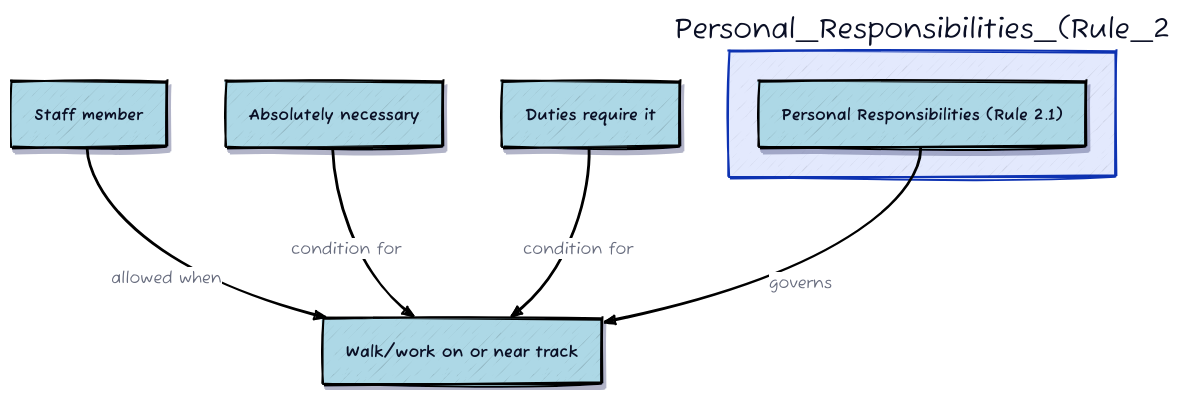
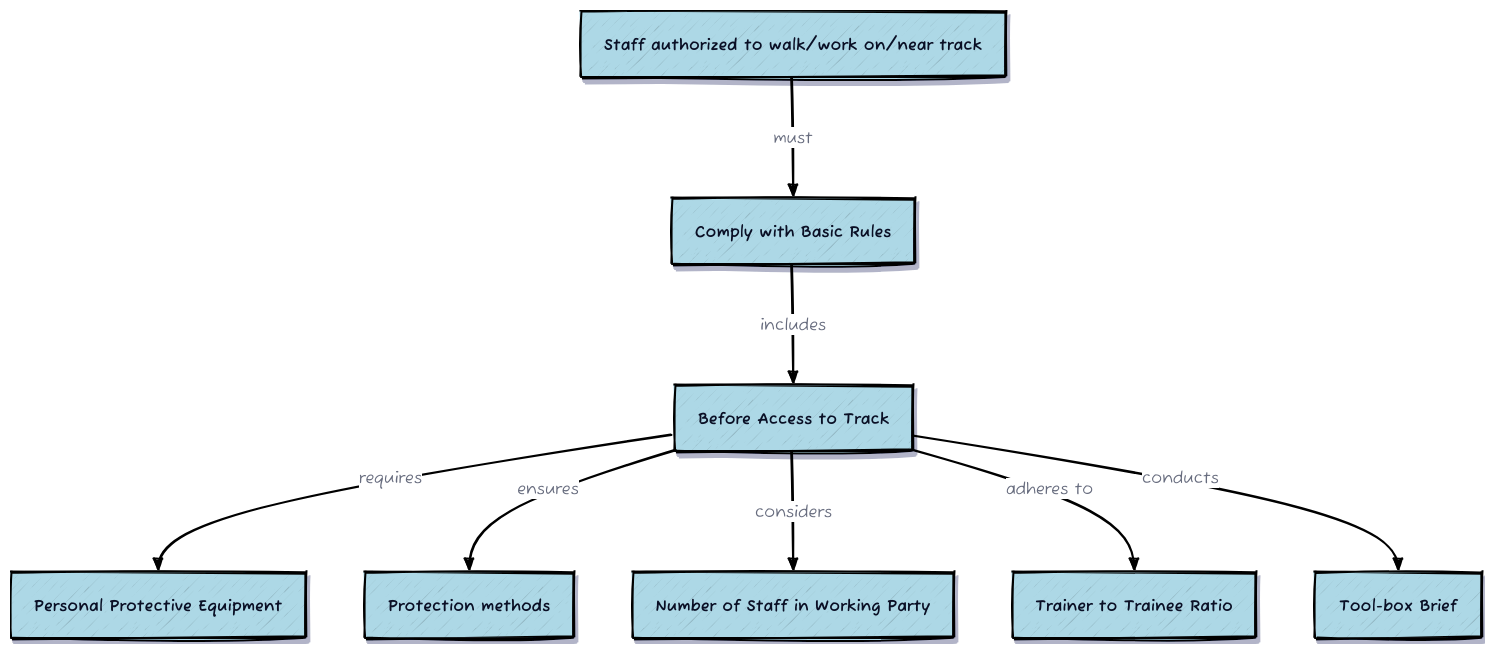
One commit to fangyuan-ksgk/process-supervision changed the diagram in database/evaluation/images/whenisastaffmemberallowedtowalkworkonornearthetrac.d2. Above: the diagram before and after it, drawn with D2. The commit also changed 7 other files, not shown here.

```diff
--- a/database/evaluation/images/whenisastaffmemberallowedtowalkworkonornearthetrac.d2
+++ b/database/evaluation/images/whenisastaffmemberallowedtowalkworkonornearthetrac.d2
@@ -1,91 +1,139 @@
 
 vars: {
   d2-config: {
     sketch: true
   }
 }
 classes: {
   process: {
     label: ""
     shape: rectangle
     style: {
       fill: lightblue
       shadow: true
     }
   }
 }
 
-Staff_member.class: process
-Staff_member.label: "Staff member"
-Staff_member: {
+Staff_authorized_to_walk/work_on/near_track.class: process
+Staff_authorized_to_walk/work_on/near_track.label: "Staff authorized to walk/work on/near track"
+Staff_authorized_to_walk/work_on/near_track: {
   style: {
     opacity: 1
     stroke: "black"
     stroke-width: 2
     shadow: true
   }
 }
-Walk/work_on_or_near_track.class: process
-Walk/work_on_or_near_track.label: "Walk/work on or near track"
-Walk/work_on_or_near_track: {
+Comply_with_Basic_Rules.class: process
+Comply_with_Basic_Rules.label: "Comply with Basic Rules"
+Comply_with_Basic_Rules: {
   style: {
     opacity: 1
     stroke: "black"
     stroke-width: 2
     shadow: true
   }
 }
-Absolutely_necessary.class: process
-Absolutely_necessary.label: "Absolutely necessary"
-Absolutely_necessary: {
+Before_Access_to_Track.class: process
+Before_Access_to_Track.label: "Before Access to Track"
+Before_Access_to_Track: {
   style: {
     opacity: 1
     stroke: "black"
     stroke-width: 2
     shadow: true
   }
 }
-Duties_require_it.class: process
-Duties_require_it.label: "Duties require it"
-Duties_require_it: {
+Personal_Protective_Equipment.class: process
+Personal_Protective_Equipment.label: "Personal Protective Equipment"
+Personal_Protective_Equipment: {
   style: {
     opacity: 1
     stroke: "black"
     stroke-width: 2
     shadow: true
   }
 }
-Personal_Responsibilities_(Rule_2.1).class: process
-Personal_Responsibilities_(Rule_2.1).label: "Personal Responsibilities (Rule 2.1)"
-Personal_Responsibilities_(Rule_2.1): {
+Protection_methods.class: process
+Protection_methods.label: "Protection methods"
+Protection_methods: {
   style: {
     opacity: 1
     stroke: "black"
     stroke-width: 2
     shadow: true
   }
 }
-Staff_member -> Walk/work_on_or_near_track: {
-  label: "allowed when"
+Number_of_Staff_in_Working_Party.class: process
+Number_of_Staff_in_Working_Party.label: "Number of Staff in Working Party"
+Number_of_Staff_in_Working_Party: {
+  style: {
+    opacity: 1
+    stroke: "black"
+    stroke-width: 2
+    shadow: true
+  }
+}
+Trainer_to_Trainee_Ratio.class: process
+Trainer_to_Trainee_Ratio.label: "Trainer to Trainee Ratio"
+Trainer_to_Trainee_Ratio: {
+  style: {
+    opacity: 1
+    stroke: "black"
+    stroke-width: 2
+    shadow: true
+  }
+}
+Tool-box_Brief.class: process
+Tool-box_Brief.label: "Tool-box Brief"
+Tool-box_Brief: {
+  style: {
+    opacity: 1
+    stroke: "black"
+    stroke-width: 2
+    shadow: true
+  }
+}
+Staff_authorized_to_walk/work_on/near_track -> Comply_with_Basic_Rules: {
+  label: "must"
   style.stroke: black
   style.opacity: 1
   style.stroke-width: 2
 }
-Absolutely_necessary -> Walk/work_on_or_near_track: {
-  label: "condition for"
+Comply_with_Basic_Rules -> Before_Access_to_Track: {
+  label: "includes"
   style.stroke: black
   style.opacity: 1
   style.stroke-width: 2
 }
-Duties_require_it -> Walk/work_on_or_near_track: {
-  label: "condition for"
+Before_Access_to_Track -> Personal_Protective_Equipment: {
+  label: "requires"
   style.stroke: black
   style.opacity: 1
   style.stroke-width: 2
 }
-Personal_Responsibilities_(Rule_2.1) -> Walk/work_on_or_near_track: {
-  label: "governs"
+Before_Access_to_Track -> Protection_methods: {
+  label: "ensures"
   style.stroke: black
   style.opacity: 1
   style.stroke-width: 2
 }
+Before_Access_to_Track -> Number_of_Staff_in_Working_Party: {
+  label: "considers"
+  style.stroke: black
+  style.opacity: 1
+  style.stroke-width: 2
+}
+Before_Access_to_Track -> Trainer_to_Trainee_Ratio: {
+  label: "adheres to"
+  style.stroke: black
+  style.opacity: 1
+  style.stroke-width: 2
+}
+Before_Access_to_Track -> Tool-box_Brief: {
+  label: "conducts"
+  style.stroke: black
+  style.opacity: 1
+  style.stroke-width: 2
+}
```
